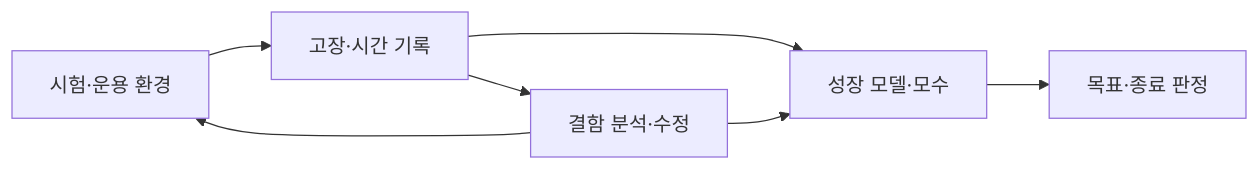
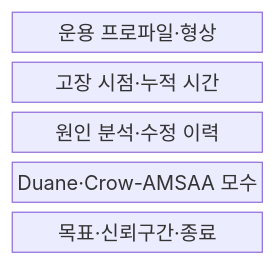
One commit to agnusdei1207/knowledge-base changed the first of 2 diagrams in src/content/docs/notes/06-evaluation/025_reliability_growth_model.md. Above: the diagram before and after it, drawn with Mermaid. The commit also changed other lines of this file and 6 other files, not shown here.

````diff
--- a/src/content/docs/notes/06-evaluation/025_reliability_growth_model.md
+++ b/src/content/docs/notes/06-evaluation/025_reliability_growth_model.md
@@ -61,9 +62,9 @@
 ```mermaid
-flowchart LR
-    A[시험·운용 환경] --> B[고장·시간 기록]
-    B --> C[결함 분석·수정]
-    C --> A
-    B --> D[성장 모델·모수]
-    C --> D
-    D --> E[목표·종료 판정]
+block-beta
+  columns 1
+  O["운용 프로파일·형상"]
+  F["고장 시점·누적 시간"]
+  C["원인 분석·수정 이력"]
+  M["Duane·Crow-AMSAA 모수"]
+  D["목표·신뢰구간·종료"]
 ```
````
